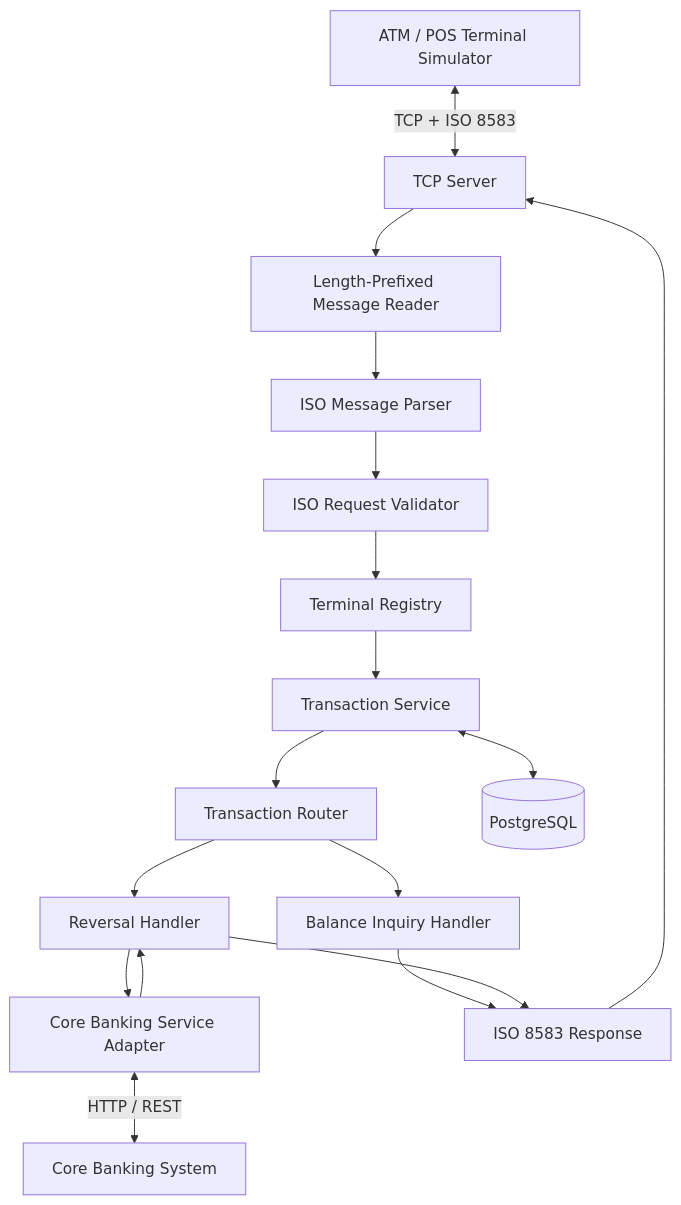
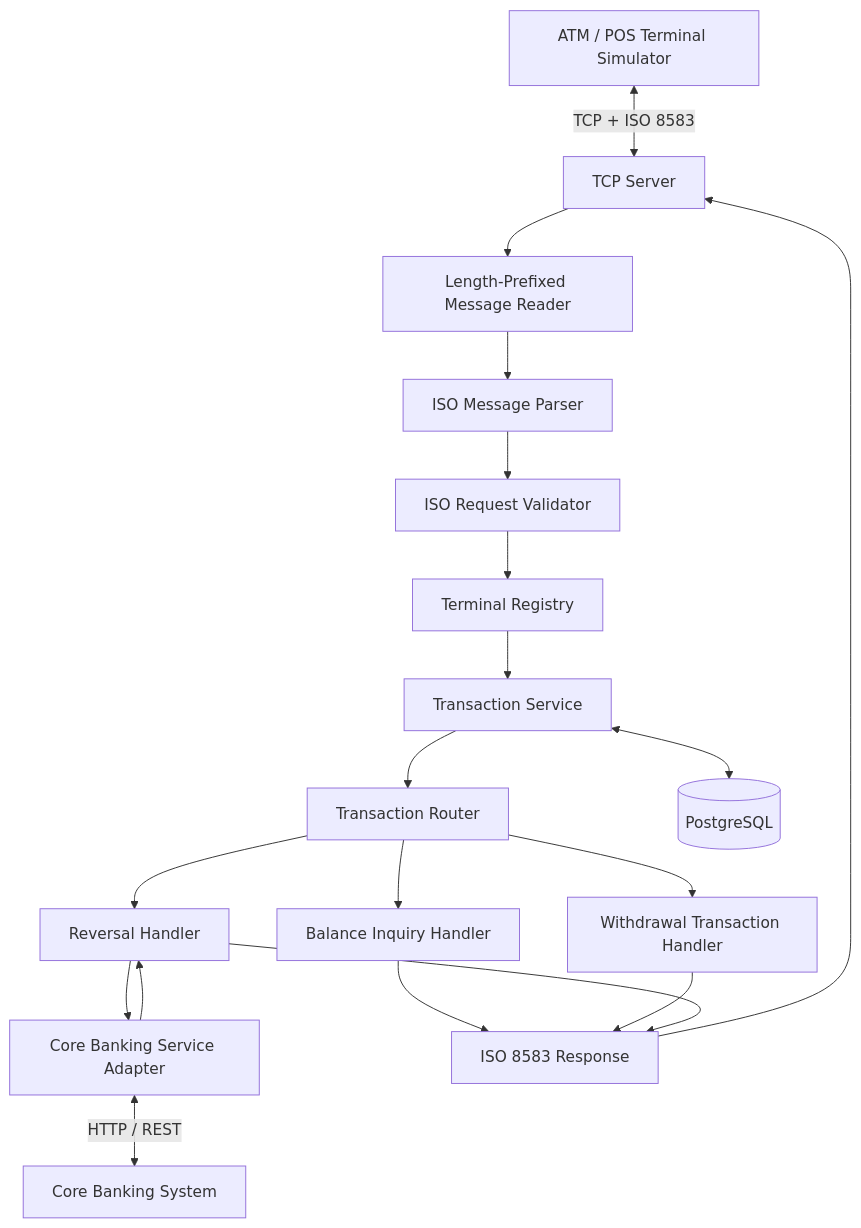
Before and after one commit to hossensyedriadh/banking: the diagram in README.md, drawn with Mermaid.

Commit message:
Add Withdrawal Transaction Handler to README

````diff
--- a/README.md
+++ b/README.md
@@ -68,33 +68,36 @@
 ```mermaid
 flowchart TD
     ATM["ATM / POS Terminal Simulator"]
     TCP["TCP Server"]
     FRAMER["Length-Prefixed Message Reader"]
     PARSER["ISO Message Parser"]
     VALIDATOR["ISO Request Validator"]
     REGISTRY["Terminal Registry"]
     TX["Transaction Service"]
     ROUTER["Transaction Router"]
     BALANCE["Balance Inquiry Handler"]
+    WITHDRAW["Withdrawal Transaction Handler"]
     REVERSAL["Reversal Handler"]
     CBS["Core Banking Service Adapter"]
     CORE["Core Banking System"]
     DB[("PostgreSQL")]
 
     ATM <-->|TCP + ISO 8583| TCP
     TCP --> FRAMER
     FRAMER --> PARSER
     PARSER --> VALIDATOR
     VALIDATOR --> REGISTRY
     REGISTRY --> TX
     TX <--> DB
     TX --> ROUTER
     ROUTER --> BALANCE
+    ROUTER --> WITHDRAW
     ROUTER --> REVERSAL
     REVERSAL --> CBS
     CBS <-->|HTTP / REST| CORE
     BALANCE --> RESPONSE["ISO 8583 Response"]
+    WITHDRAW --> RESPONSE["ISO 8583 Response"]
     CBS --> REVERSAL
     REVERSAL --> RESPONSE
     RESPONSE --> TCP
 ```
````
